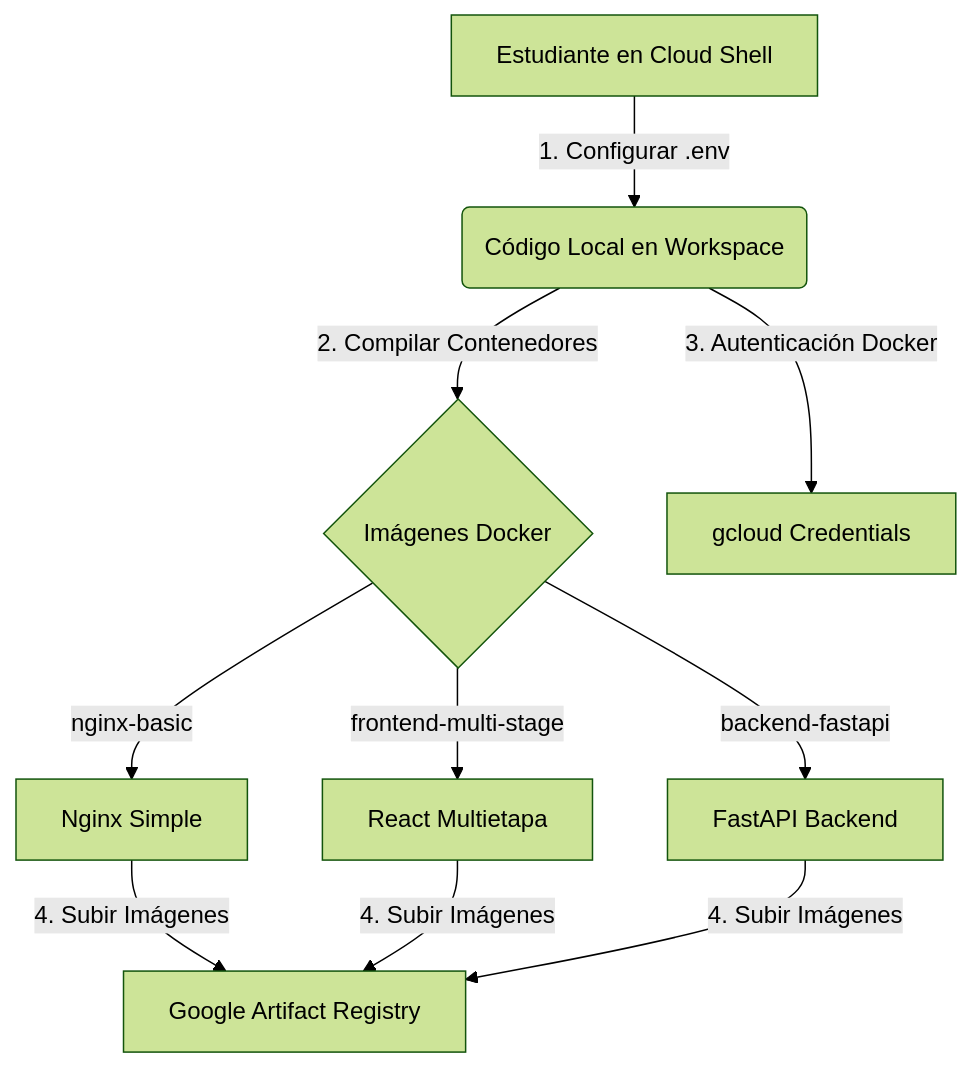
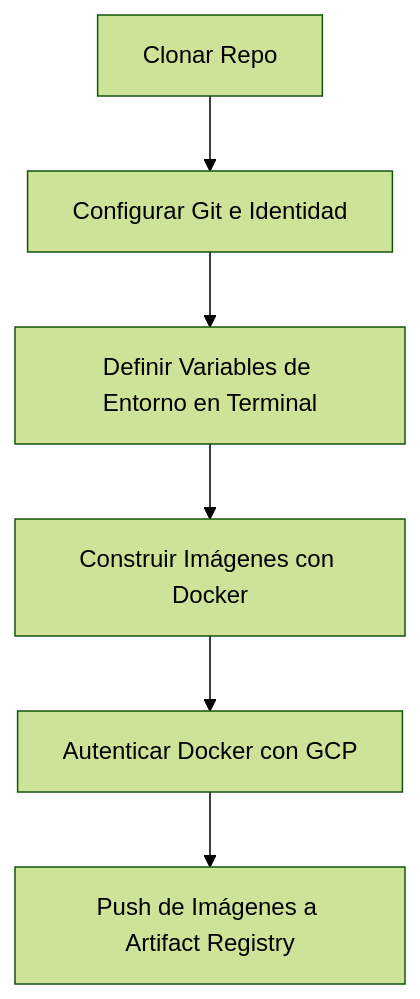
The first of 2 diagrams in README.md (SrChach/gcp-class-base), drawn with Mermaid (forest theme) before and after one commit. The commit also changed other lines of this file, not shown here.

````diff
--- a/README.md
+++ b/README.md
@@ -22,11 +31,8 @@
 ```mermaid
 flowchart TD
-    A[Estudiante en Cloud Shell] -->|1. Configurar .env| B(Código Local en Workspace)
-    B -->|2. Compilar Contenedores| C{Imágenes Docker}
-    C -->|nginx-basic| C1[Nginx Simple]
-    C -->|frontend-multi-stage| C2[React Multietapa]
-    C -->|backend-fastapi| C3[FastAPI Backend]
-    
-    B -->|3. Autenticación Docker| D[gcloud Credentials]
-    C1 & C2 & C3 -->|4. Subir Imágenes| E[Google Artifact Registry]
+    A[Clonar Repo] --> B[Configurar Git e Identidad]
+    B --> C[Definir Variables de Entorno en Terminal]
+    C --> D[Construir Imágenes con Docker]
+    D --> E[Autenticar Docker con GCP]
+    E --> F[Push de Imágenes a Artifact Registry]
 ```
````
